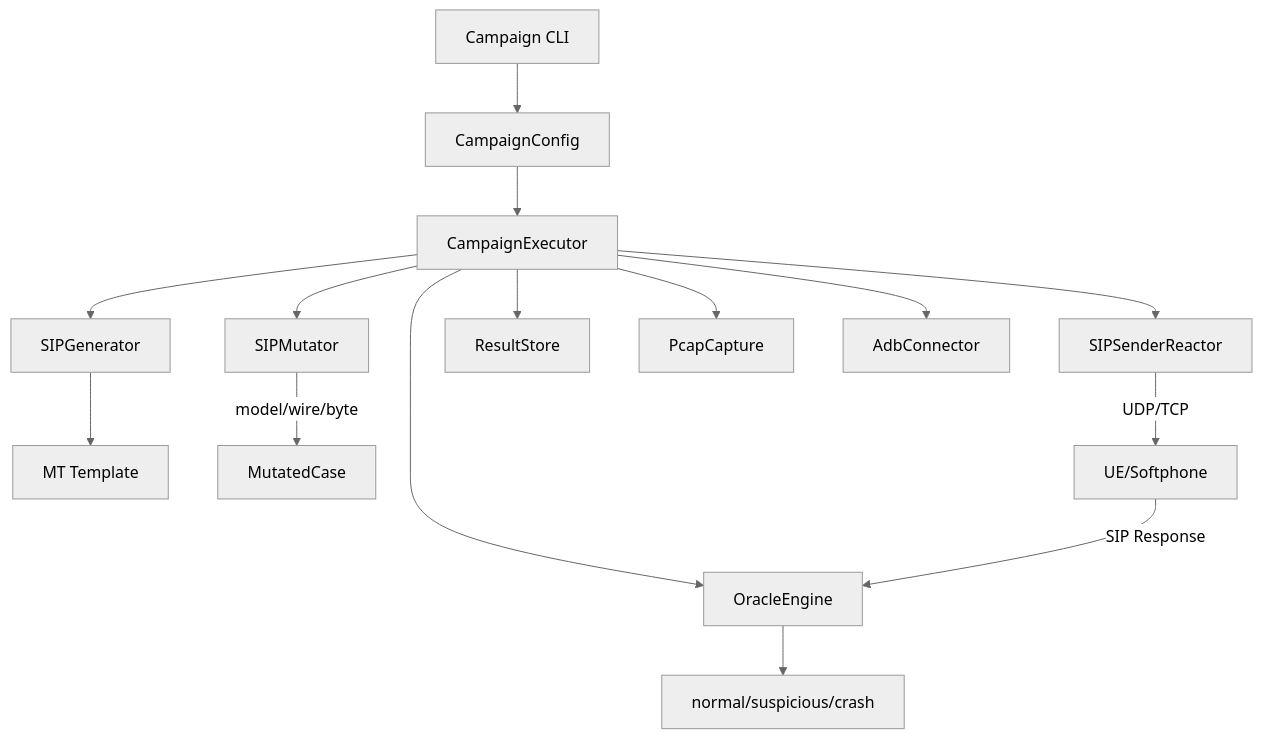
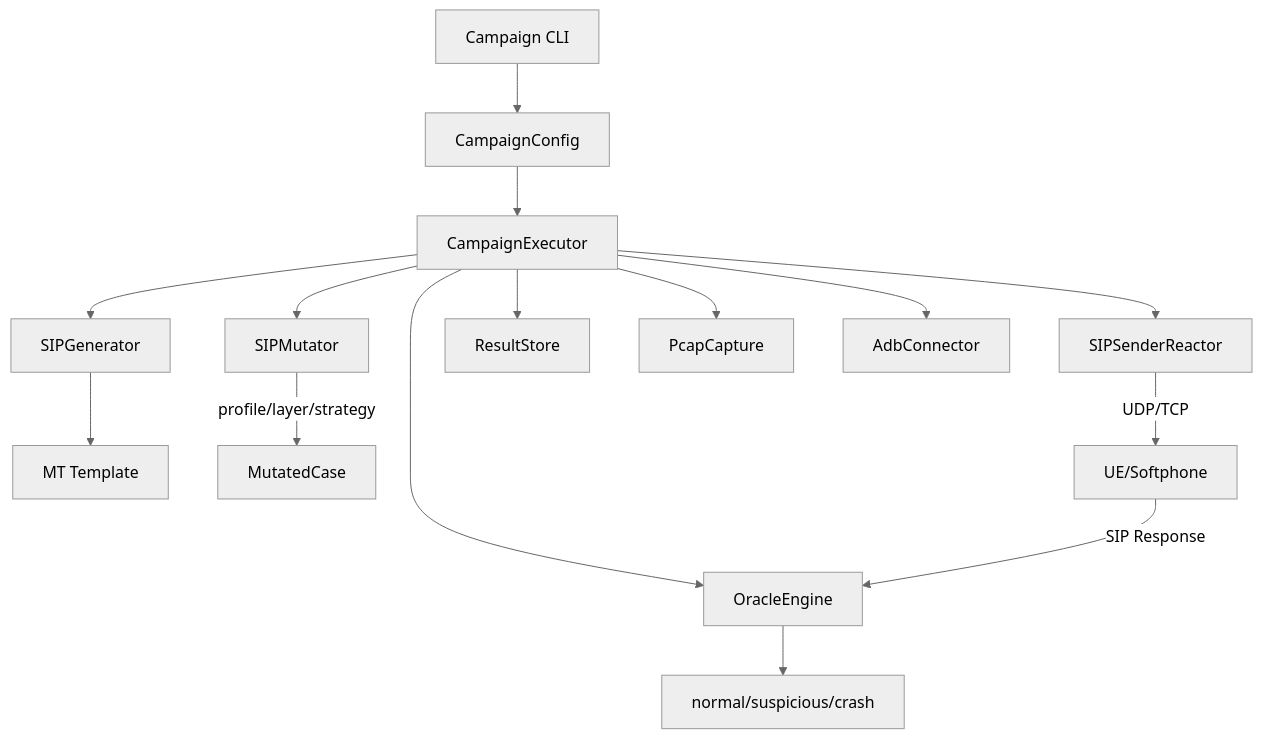
The diagram in docs/ARCHITECTURE.md (jisung-02/sip-mutation-fuzzer), drawn with Mermaid (neutral theme) before and after one commit. The commit also changed other lines of this file and 2 other files, not shown here.

Commit message:
docs: add mutation profile guidance

````diff
--- a/docs/ARCHITECTURE.md
+++ b/docs/ARCHITECTURE.md
@@ -5,20 +5,20 @@
 ```mermaid
 graph TB
     CLI[Campaign CLI] --> Config[CampaignConfig]
     Config --> Executor[CampaignExecutor]
     
     Executor --> Generator[SIPGenerator]
     Executor --> Mutator[SIPMutator]  
     Executor --> Sender[SIPSenderReactor]
     Executor --> Oracle[OracleEngine]
     
     Generator --> Template[MT Template]
-    Mutator --> |model/wire/byte| Mutation[MutatedCase]
+    Mutator --> |profile/layer/strategy| Mutation[MutatedCase]
     Sender --> |UDP/TCP| Target[UE/Softphone]
     Target --> |SIP Response| Oracle
     Oracle --> Verdict[normal/suspicious/crash]
     
     Executor --> Store[ResultStore]
     Executor --> Capture[PcapCapture]
     Executor --> ADB[AdbConnector]
 ```
````
